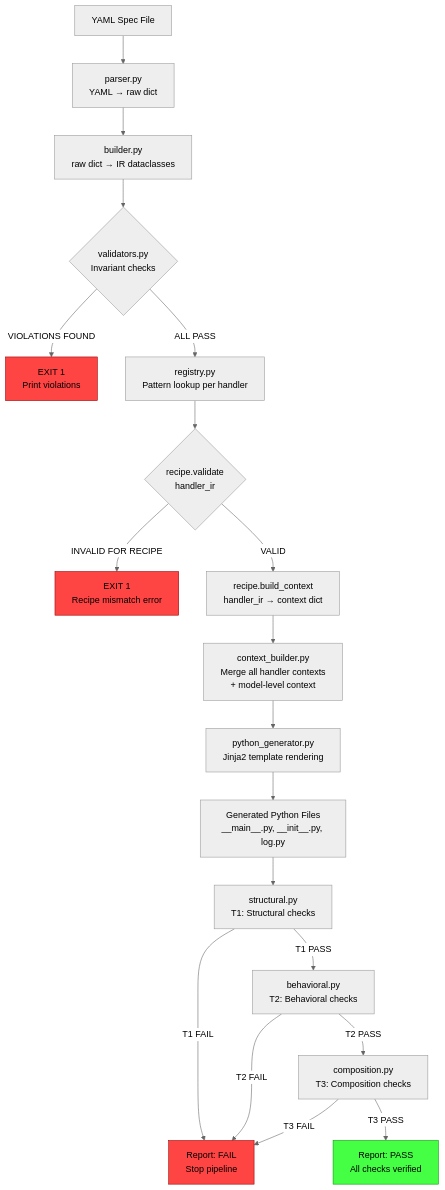
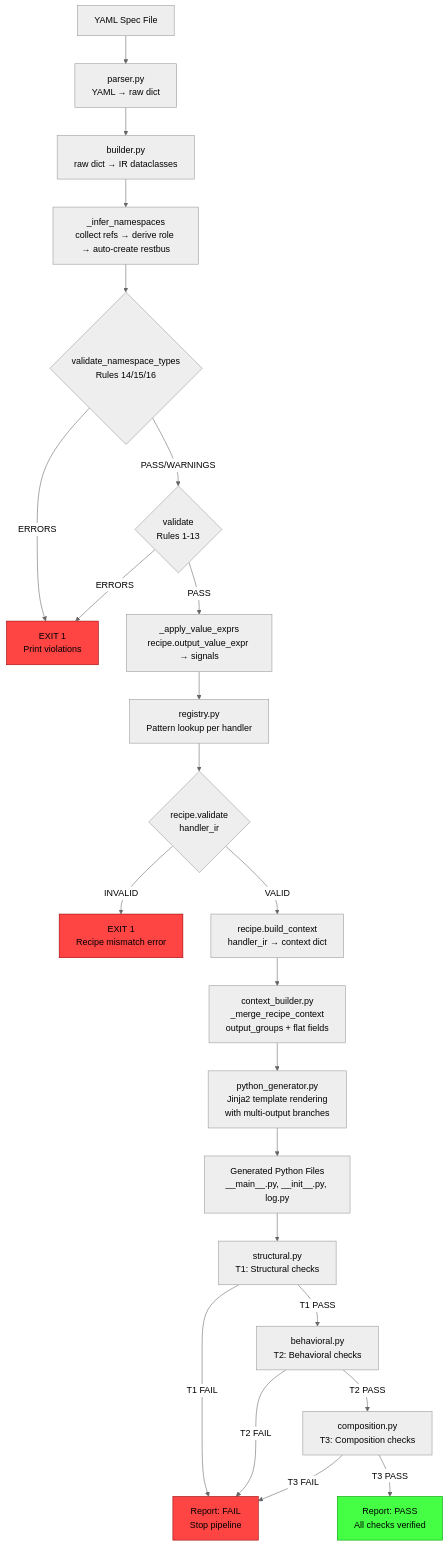
Before and after one commit to MinhTuan76800310/remotive_code_generation: the first of 4 diagrams in docs/architecture/DATAFLOW.md, drawn with Mermaid (neutral theme). The commit also changed other lines of this file and 3 other files, not shown here.

First line of the commit message:
docs(architecture): sync to 2026-07-06 child_detection E2E status

````diff
--- a/docs/architecture/DATAFLOW.md
+++ b/docs/architecture/DATAFLOW.md
@@ -7,26 +10,30 @@
 ```mermaid
 flowchart TD
     A[YAML Spec File] --> B[parser.py<br/>YAML → raw dict]
     B --> C[builder.py<br/>raw dict → IR dataclasses]
-    C --> D{validators.py<br/>Invariant checks}
-    D -->|VIOLATIONS FOUND| E[EXIT 1<br/>Print violations]
-    D -->|ALL PASS| F[registry.py<br/>Pattern lookup per handler]
+    C --> C1[_infer_namespaces<br/>collect refs → derive role → auto-create restbus]
+    C1 --> D{validate_namespace_types<br/>Rules 14/15/16}
+    D -->|ERRORS| E[EXIT 1<br/>Print violations]
+    D -->|PASS/WARNINGS| D2{validate<br/>Rules 1-13}
+    D2 -->|ERRORS| E
+    D2 -->|PASS| D3[_apply_value_exprs<br/>recipe.output_value_expr → signals]
+    D3 --> F[registry.py<br/>Pattern lookup per handler]
     F --> G{recipe.validate<br/>handler_ir}
-    G -->|INVALID FOR RECIPE| H[EXIT 1<br/>Recipe mismatch error]
+    G -->|INVALID| H[EXIT 1<br/>Recipe mismatch error]
     G -->|VALID| I[recipe.build_context<br/>handler_ir → context dict]
-    I --> J[context_builder.py<br/>Merge all handler contexts<br/>+ model-level context]
-    J --> K[python_generator.py<br/>Jinja2 template rendering]
+    I --> J[context_builder.py<br/>_merge_recipe_context<br/>output_groups + flat fields]
+    J --> K[python_generator.py<br/>Jinja2 template rendering<br/>with multi-output branches]
     K --> L[Generated Python Files<br/>__main__.py, __init__.py, log.py]
     L --> M[structural.py<br/>T1: Structural checks]
     M -->|T1 FAIL| N[Report: FAIL<br/>Stop pipeline]
     M -->|T1 PASS| O[behavioral.py<br/>T2: Behavioral checks]
     O -->|T2 FAIL| N
     O -->|T2 PASS| P[composition.py<br/>T3: Composition checks]
     P -->|T3 FAIL| N
     P -->|T3 PASS| Q[Report: PASS<br/>All checks verified]
 
     style E fill:#f44,stroke:#900
     style H fill:#f44,stroke:#900
     style N fill:#f44,stroke:#900
     style Q fill:#4f4,stroke:#090
 ```
````
